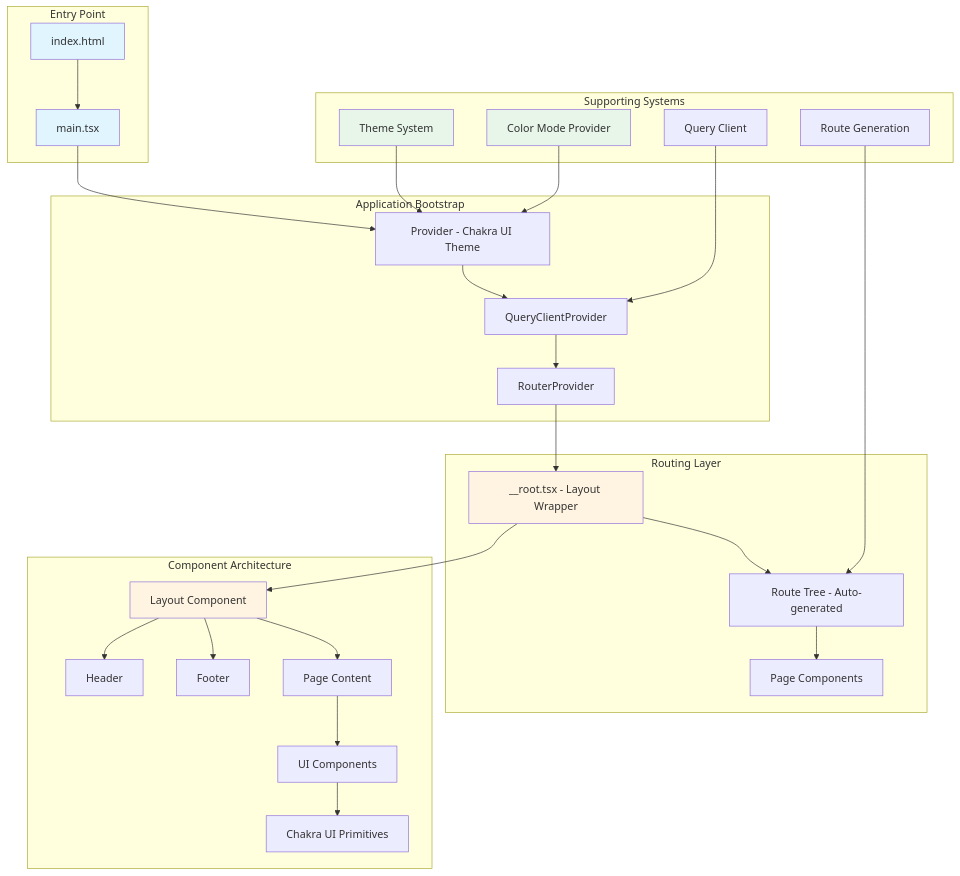
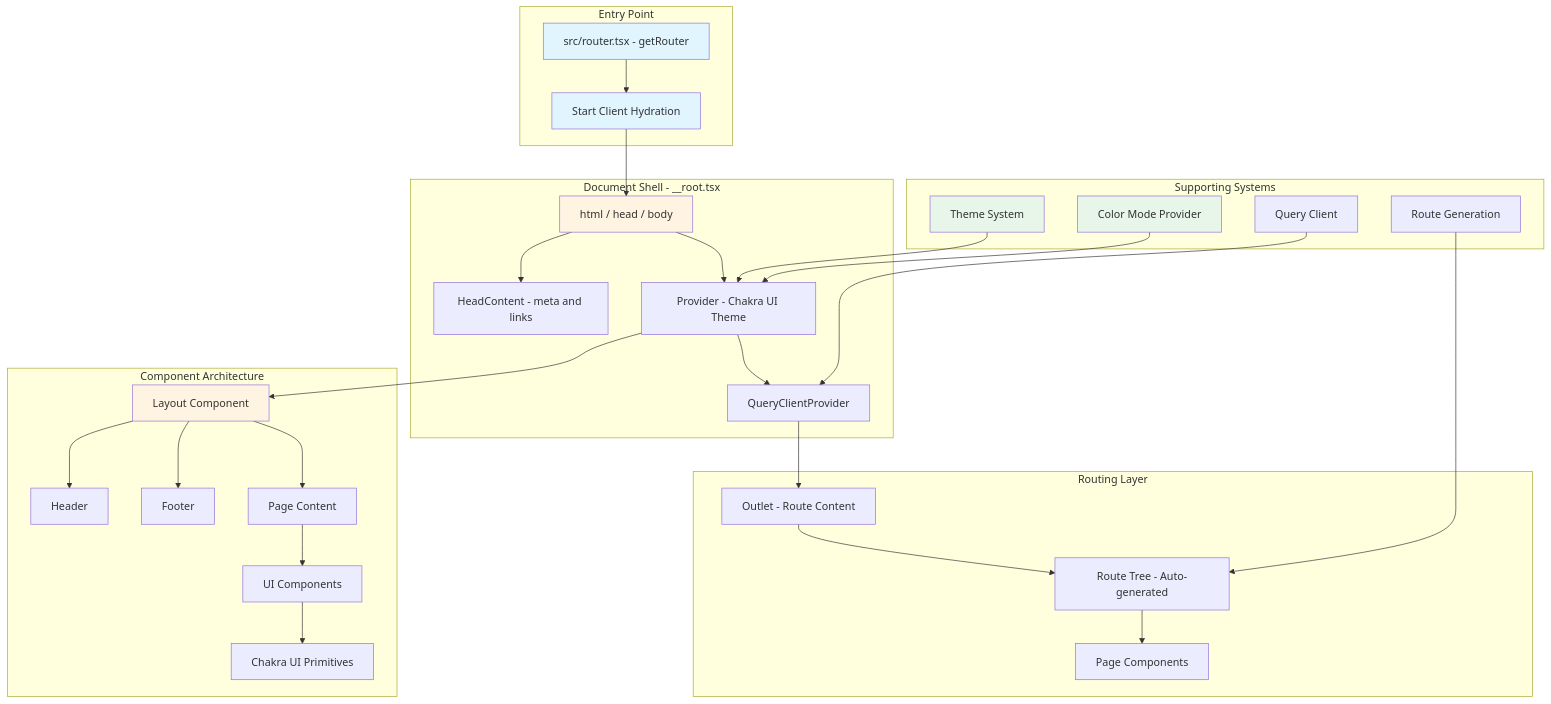
One commit to agustinusnathaniel/vite-react-chakra-starter changed the diagram in README.md. Above: the diagram before and after it, drawn with Mermaid. The commit also changed other lines of this file and 7 other files, not shown here.

````diff
--- a/README.md
+++ b/README.md
@@ -45,41 +45,42 @@
 ```mermaid
 graph TB
     subgraph "Entry Point"
-        A[index.html] --> B[main.tsx]
+        A[src/router.tsx - getRouter] --> B[Start Client Hydration]
     end
     
-    subgraph "Application Bootstrap"
-        B --> C[Provider - Chakra UI Theme]
-        C --> D[QueryClientProvider]
-        D --> E[RouterProvider]
+    subgraph "Document Shell - __root.tsx"
+        B --> C[html / head / body]
+        C --> D[HeadContent - meta and links]
+        C --> E[Provider - Chakra UI Theme]
+        E --> F[QueryClientProvider]
     end
     
     subgraph "Routing Layer"
-        E --> F[__root.tsx - Layout Wrapper]
-        F --> G[Route Tree - Auto-generated]
-        G --> H[Page Components]
+        F --> G[Outlet - Route Content]
+        G --> H[Route Tree - Auto-generated]
+        H --> I[Page Components]
     end
     
     subgraph "Component Architecture"
-        F --> I[Layout Component]
-        I --> J[Header]
-        I --> K[Footer]
-        I --> L[Page Content]
-        L --> M[UI Components]
-        M --> N[Chakra UI Primitives]
+        E --> J[Layout Component]
+        J --> K[Header]
+        J --> L[Footer]
+        J --> M[Page Content]
+        M --> N[UI Components]
+        N --> O[Chakra UI Primitives]
     end
     
     subgraph "Supporting Systems"
-        O[Theme System] --> C
-        P[Color Mode Provider] --> C
-        Q[Query Client] --> D
-        R[Route Generation] --> G
+        P[Theme System] --> E
+        Q[Color Mode Provider] --> E
+        R[Query Client] --> F
+        S[Route Generation] --> H
     end
     
     style A fill:#e1f5ff
     style B fill:#e1f5ff
-    style F fill:#fff4e1
-    style I fill:#fff4e1
-    style O fill:#e8f5e9
+    style C fill:#fff4e1
+    style J fill:#fff4e1
     style P fill:#e8f5e9
+    style Q fill:#e8f5e9
 ```
````
